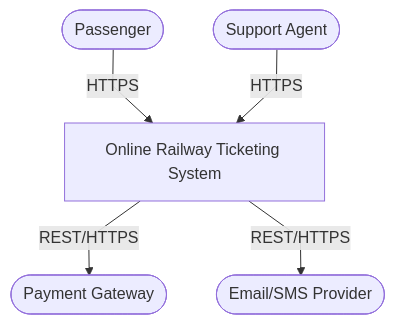
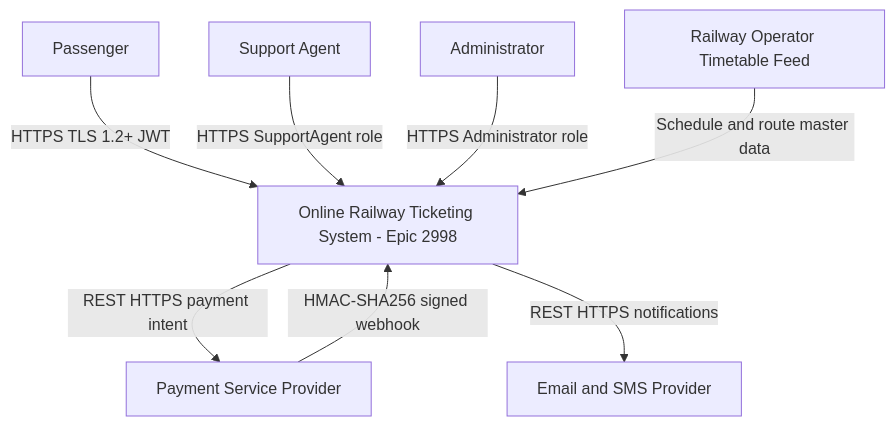
The diagram in docs/architecture/epic-2998/system-context.mmd (Mandeep-Kaur-Johar/sdlc-online-railway-ticketing-system), drawn with Mermaid before and after one commit. The commit also changed 7 other files, not shown here.

Commit message:
docs: re-render architecture diagrams for Azure DevOps Epic 2998

```diff
--- a/docs/architecture/epic-2998/system-context.mmd
+++ b/docs/architecture/epic-2998/system-context.mmd
@@ -1,11 +1,15 @@
-%%{init: {"theme":"default","securityLevel":"loose","flowchart":{"htmlLabels":true,"curve":"linear"}} }%%
 flowchart TB
-    Passenger(["Passenger"])
-    SupportAgent(["Support Agent"])
-    PaymentGateway(["Payment Gateway"])
-    NotificationProvider(["Email/SMS Provider"])
-    RailwayTicketingSystem["Online Railway Ticketing System"]
-    Passenger -->|HTTPS| RailwayTicketingSystem
-    SupportAgent -->|HTTPS| RailwayTicketingSystem
-    RailwayTicketingSystem -->|REST/HTTPS| PaymentGateway
-    RailwayTicketingSystem -->|REST/HTTPS| NotificationProvider
+    Passenger["Passenger"]
+    SupportAgent["Support Agent"]
+    Admin["Administrator"]
+    System["Online Railway Ticketing System - Epic 2998"]
+    PSP["Payment Service Provider"]
+    Comms["Email and SMS Provider"]
+    Operator["Railway Operator Timetable Feed"]
+    Passenger -->|HTTPS TLS 1.2+ JWT| System
+    SupportAgent -->|HTTPS SupportAgent role| System
+    Admin -->|HTTPS Administrator role| System
+    System -->|REST HTTPS payment intent| PSP
+    PSP -->|HMAC-SHA256 signed webhook| System
+    System -->|REST HTTPS notifications| Comms
+    Operator -->|Schedule and route master data| System
```
